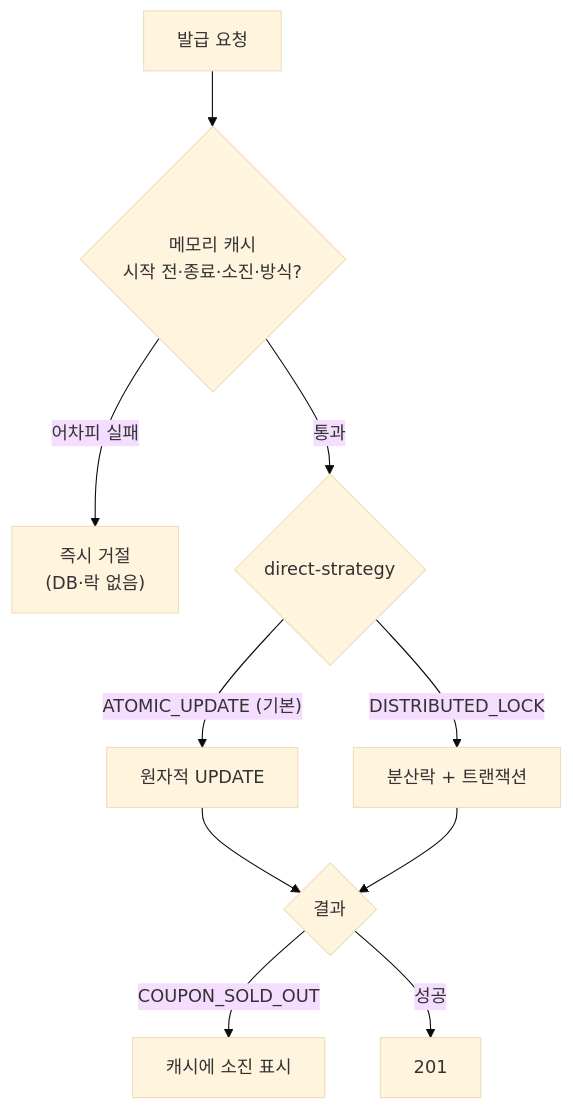
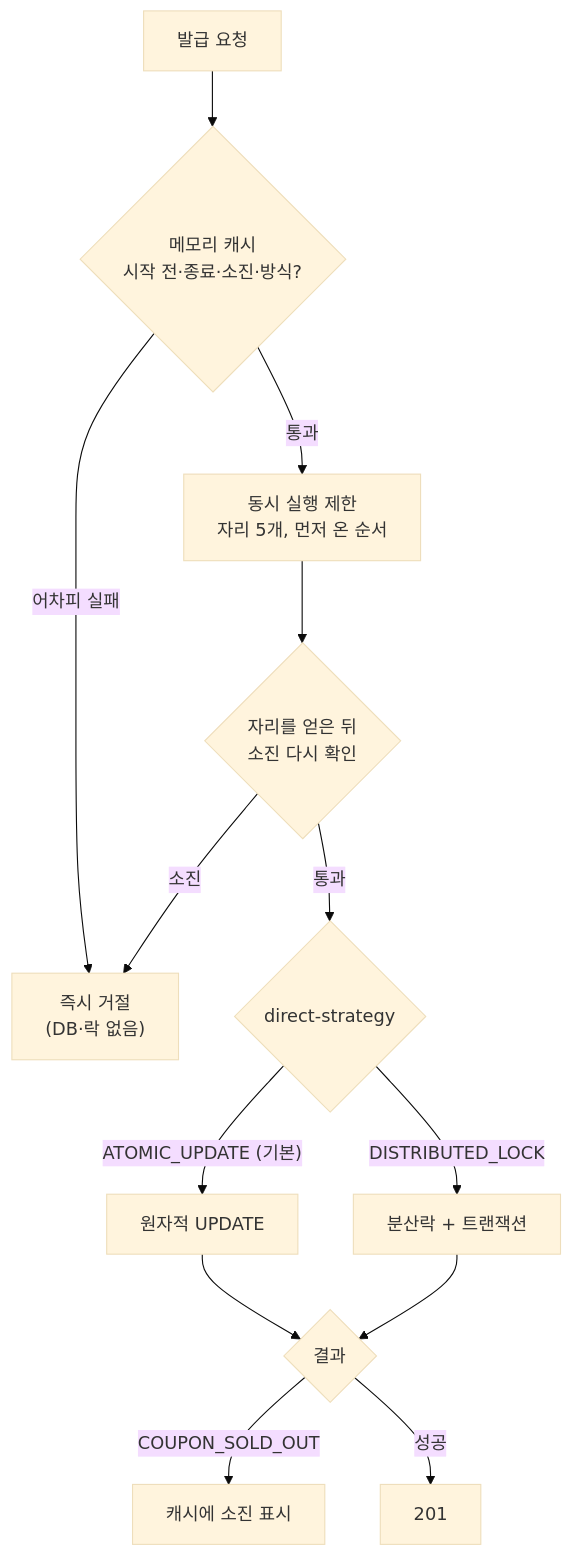
The fourth of 4 diagrams in docs/07-concurrency.md (RosieOh/Kopring_Core), drawn with Mermaid (base theme) before and after one commit. The commit also changed other lines of this file and 9 other files, not shown here.

````diff
--- a/docs/07-concurrency.md
+++ b/docs/07-concurrency.md
@@ -429,12 +437,15 @@
 ```mermaid
 flowchart TD
     R["발급 요청"] --> C{"메모리 캐시<br/>시작 전·종료·소진·방식?"}
     C -->|"어차피 실패"| F["즉시 거절<br/>(DB·락 없음)"]
-    C -->|"통과"| S{"direct-strategy"}
+    C -->|"통과"| B["동시 실행 제한<br/>자리 5개, 먼저 온 순서"]
+    B --> C2{"자리를 얻은 뒤<br/>소진 다시 확인"}
+    C2 -->|"소진"| F
+    C2 -->|"통과"| S{"direct-strategy"}
     S -->|"ATOMIC_UPDATE (기본)"| A["원자적 UPDATE"]
     S -->|"DISTRIBUTED_LOCK"| L["분산락 + 트랜잭션"]
     A --> X{"결과"}
     L --> X
     X -->|"COUPON_SOLD_OUT"| M["캐시에 소진 표시"]
     X -->|"성공"| OK["201"]
 ```
````
